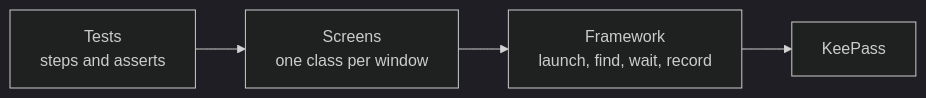
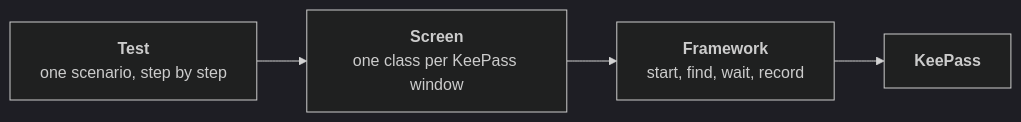
Before and after one commit to ramindusn/keepass-ui-automation: the first of 2 diagrams in README.md, drawn with Mermaid (dark theme). The commit also changed other lines of this file, not shown here.

````diff
--- a/README.md
+++ b/README.md
@@ -19,4 +19,8 @@
 ```mermaid
 flowchart LR
-    T[Tests<br>steps and asserts] --> S[Screens<br>one class per window] --> F[Framework<br>launch, find, wait, record] --> K[KeePass]
+    T["<b>Test</b><br/>one scenario, step by step"]
+    S["<b>Screen</b><br/>one class per KeePass window"]
+    F["<b>Framework</b><br/>start, find, wait, record"]
+    K["<b>KeePass</b>"]
+    T --> S --> F --> K
 ```
````
